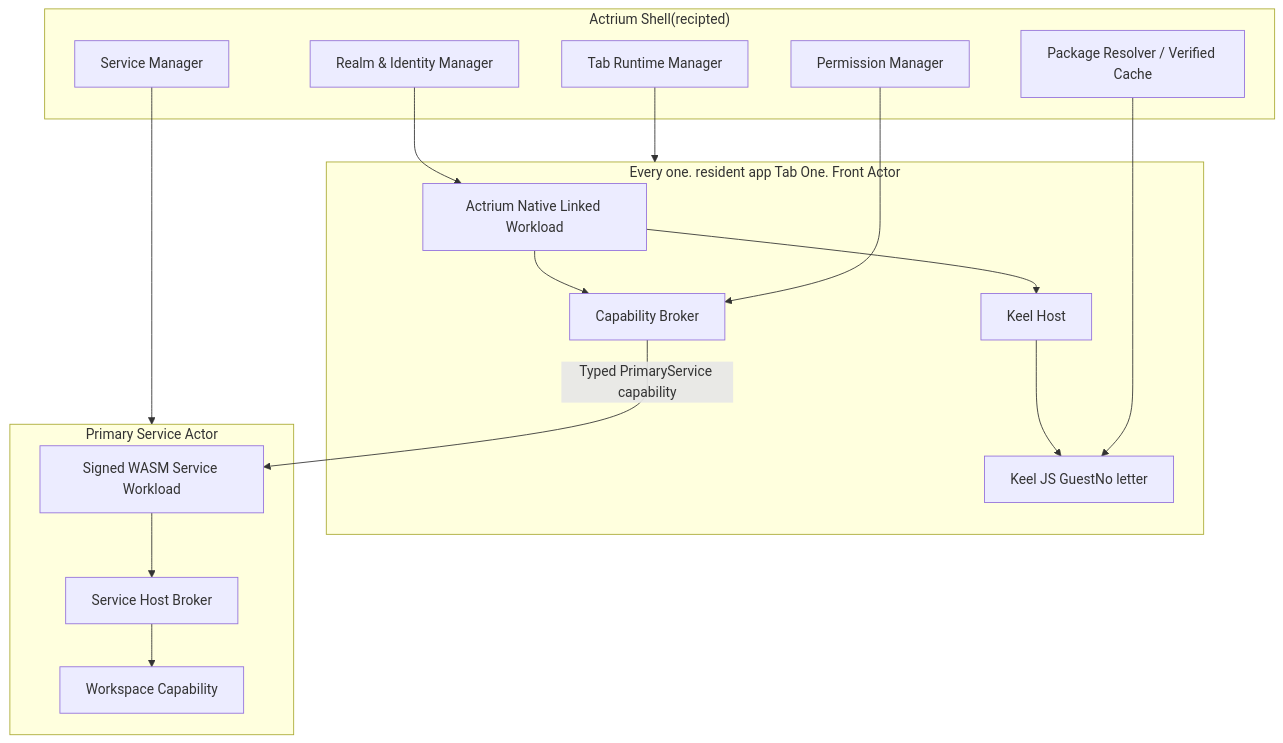
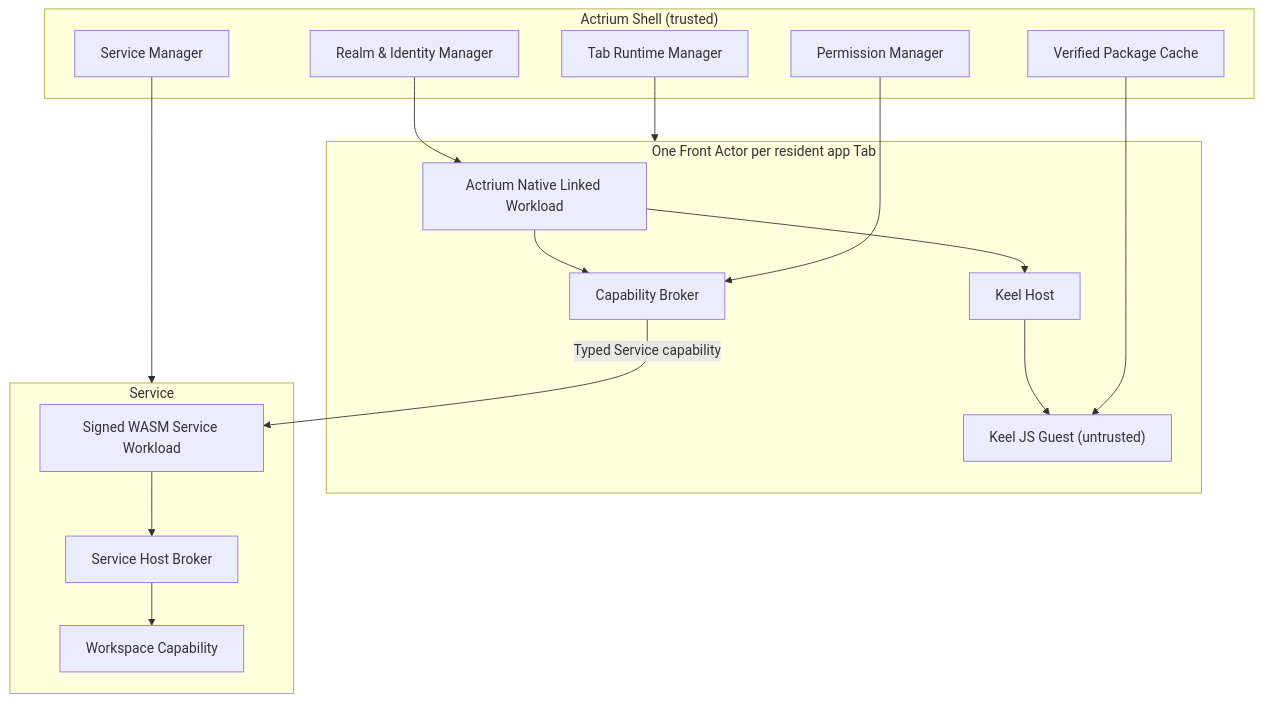
The diagram in docs/product/actrium-v1/06-runtime-and-protocol.md (Actrium/actrium), drawn with Mermaid before and after one commit. The commit also changed other lines of this file and 15 other files, not shown here.

````diff
--- a/docs/product/actrium-v1/06-runtime-and-protocol.md
+++ b/docs/product/actrium-v1/06-runtime-and-protocol.md
@@ -5,35 +5,35 @@
 ```mermaid
 flowchart TB
-    subgraph Shell["Actrium Shell(recipted)"]
+    subgraph Shell["Actrium Shell (trusted)"]
         TRM["Tab Runtime Manager"]
-        PR["Package Resolver / Verified Cache"]
+        PR["Verified Package Cache"]
         PM["Permission Manager"]
         RM["Realm & Identity Manager"]
         SM["Service Manager"]
     end
 
-    subgraph Front["Every one. resident app Tab One. Front Actor"]
+    subgraph Front["One Front Actor per resident app Tab"]
         NW["Actrium Native Linked Workload"]
         RH["Keel Host"]
         CB["Capability Broker"]
-        RG["Keel JS Guest"No letter""]
+        RG["Keel JS Guest (untrusted)"]
         NW --> RH
         RH --> RG
         NW --> CB
     end
 
-    subgraph Service["Primary Service Actor"]
+    subgraph Service["Service"]
         SW["Signed WASM Service Workload"]
         SB["Service Host Broker"]
         WS["Workspace Capability"]
         SW --> SB
         SB --> WS
     end
 
     TRM --> Front
     PR --> RG
     PM --> CB
     RM --> NW
     SM --> Service
-    CB -->|"Typed PrimaryService capability"| SW
+    CB -->|"Typed Service capability"| SW
 ```
````
